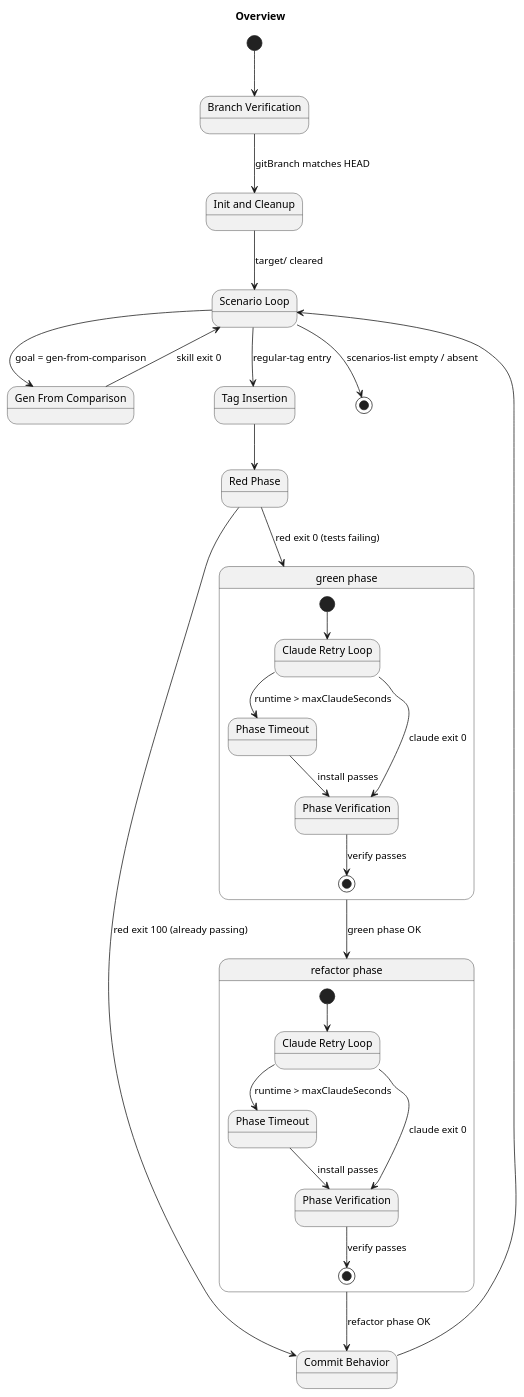
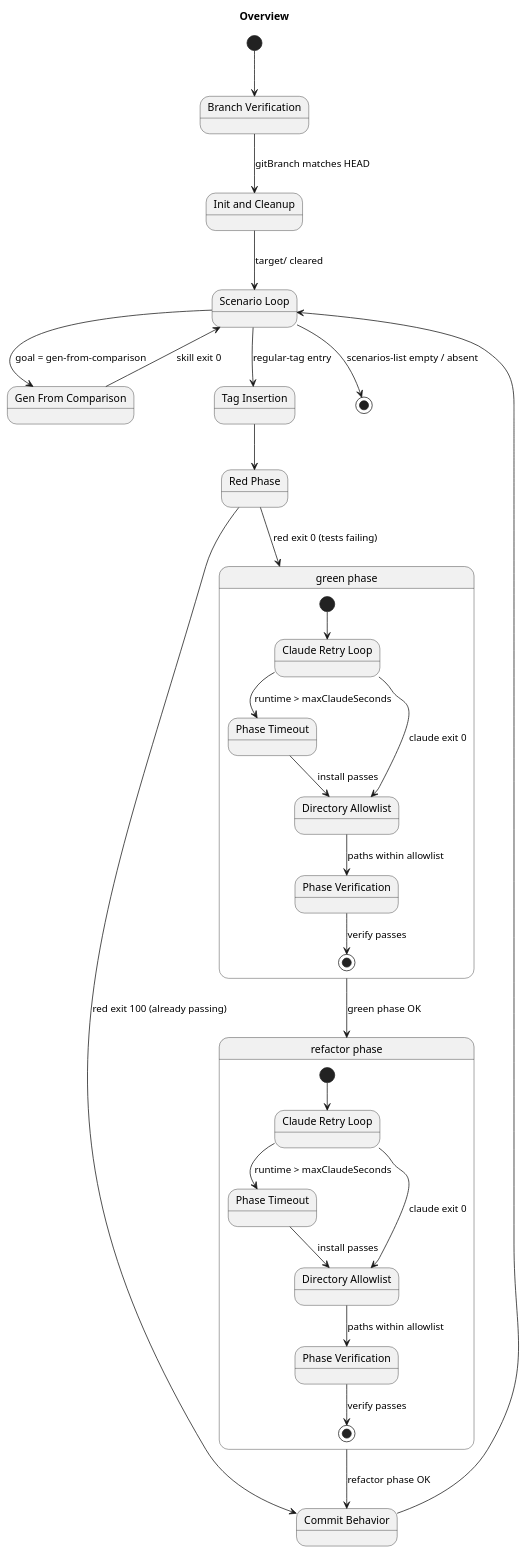
One commit to farhan5248/sheep-dog-qa changed the first of 12 diagrams in sheep-dog-features/src/test/resources/asciidoc/specs/Darmok/model.md. Above: the diagram before and after it, drawn with PlantUML. The commit also changed other lines of this file and 3 other files, not shown here.

````diff
--- a/sheep-dog-features/src/test/resources/asciidoc/specs/Darmok/model.md
+++ b/sheep-dog-features/src/test/resources/asciidoc/specs/Darmok/model.md
@@ -31,50 +31,54 @@
 ```plantuml
 @startuml
 title Overview
 
 state "Branch Verification" as BranchVerification
 state "Init and Cleanup" as InitAndCleanup
 state "Scenario Loop" as ScenarioLoop
 state "Gen From Comparison" as GenFromComparison
 state "Tag Insertion" as TagInsertion
 state "Red Phase" as RedPhase
 state "Commit Behavior" as CommitBehavior
 
 state "green phase" as Green {
   state "Claude Retry Loop" as GreenClaudeRetryLoop
   state "Phase Timeout" as GreenPhaseTimeout
+  state "Directory Allowlist" as GreenDirectoryAllowlist
   state "Phase Verification" as GreenPhaseVerification
   [*] --> GreenClaudeRetryLoop
   GreenClaudeRetryLoop --> GreenPhaseTimeout : runtime > maxClaudeSeconds
-  GreenClaudeRetryLoop --> GreenPhaseVerification : claude exit 0
-  GreenPhaseTimeout --> GreenPhaseVerification : install passes
+  GreenClaudeRetryLoop --> GreenDirectoryAllowlist : claude exit 0
+  GreenPhaseTimeout --> GreenDirectoryAllowlist : install passes
+  GreenDirectoryAllowlist --> GreenPhaseVerification : paths within allowlist
   GreenPhaseVerification --> [*] : verify passes
 }
 
 state "refactor phase" as Refactor {
   state "Claude Retry Loop" as RefactorClaudeRetryLoop
   state "Phase Timeout" as RefactorPhaseTimeout
+  state "Directory Allowlist" as RefactorDirectoryAllowlist
   state "Phase Verification" as RefactorPhaseVerification
   [*] --> RefactorClaudeRetryLoop
   RefactorClaudeRetryLoop --> RefactorPhaseTimeout : runtime > maxClaudeSeconds
-  RefactorClaudeRetryLoop --> RefactorPhaseVerification : claude exit 0
-  RefactorPhaseTimeout --> RefactorPhaseVerification : install passes
+  RefactorClaudeRetryLoop --> RefactorDirectoryAllowlist : claude exit 0
+  RefactorPhaseTimeout --> RefactorDirectoryAllowlist : install passes
+  RefactorDirectoryAllowlist --> RefactorPhaseVerification : paths within allowlist
   RefactorPhaseVerification --> [*] : verify passes
 }
 
 [*] --> BranchVerification
 BranchVerification --> InitAndCleanup : gitBranch matches HEAD
 InitAndCleanup --> ScenarioLoop : target/ cleared
 ScenarioLoop --> GenFromComparison : goal = gen-from-comparison
 GenFromComparison --> ScenarioLoop : skill exit 0
 ScenarioLoop --> TagInsertion : regular-tag entry
 ScenarioLoop --> [*] : scenarios-list empty / absent
 TagInsertion --> RedPhase
 RedPhase --> CommitBehavior : red exit 100 (already passing)
 RedPhase --> Green : red exit 0 (tests failing)
 Green --> Refactor : green phase OK
 Refactor --> CommitBehavior : refactor phase OK
 CommitBehavior --> ScenarioLoop
 
 @enduml
 ```
````
